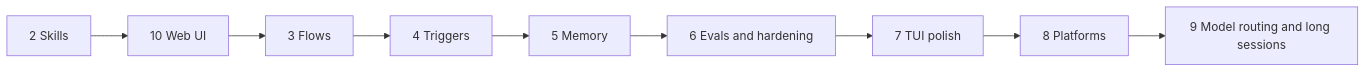
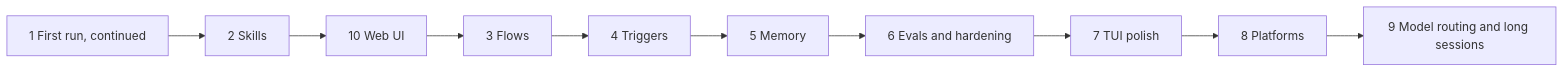
The first of 5 diagrams in docs/plan.md (MilanPavel/golem), drawn with Mermaid before and after one commit. The commit also changed other lines of this file, not shown here.

Commit message:
docs(plan): phase 1 continues with 1.7 to 1.14, from brew install to a first answer

````diff
--- a/docs/plan.md
+++ b/docs/plan.md
@@ -27,4 +28,4 @@
 ```mermaid
 flowchart LR
-  p2[2 Skills] --> p10[10 Web UI] --> p3[3 Flows] --> p4[4 Triggers] --> p5[5 Memory] --> p6[6 Evals and hardening] --> p7[7 TUI polish] --> p8[8 Platforms] --> p9[9 Model routing and long sessions]
+  p1[1 First run, continued] --> p2[2 Skills] --> p10[10 Web UI] --> p3[3 Flows] --> p4[4 Triggers] --> p5[5 Memory] --> p6[6 Evals and hardening] --> p7[7 TUI polish] --> p8[8 Platforms] --> p9[9 Model routing and long sessions]
 ```
````
